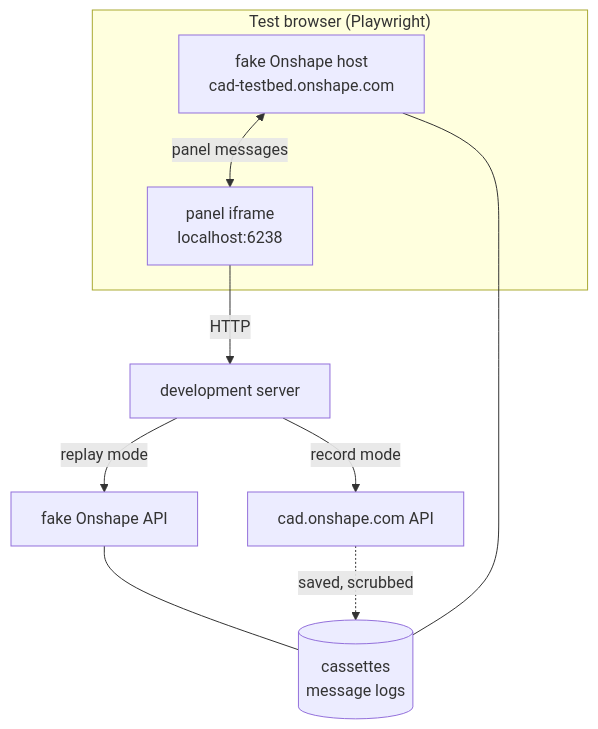
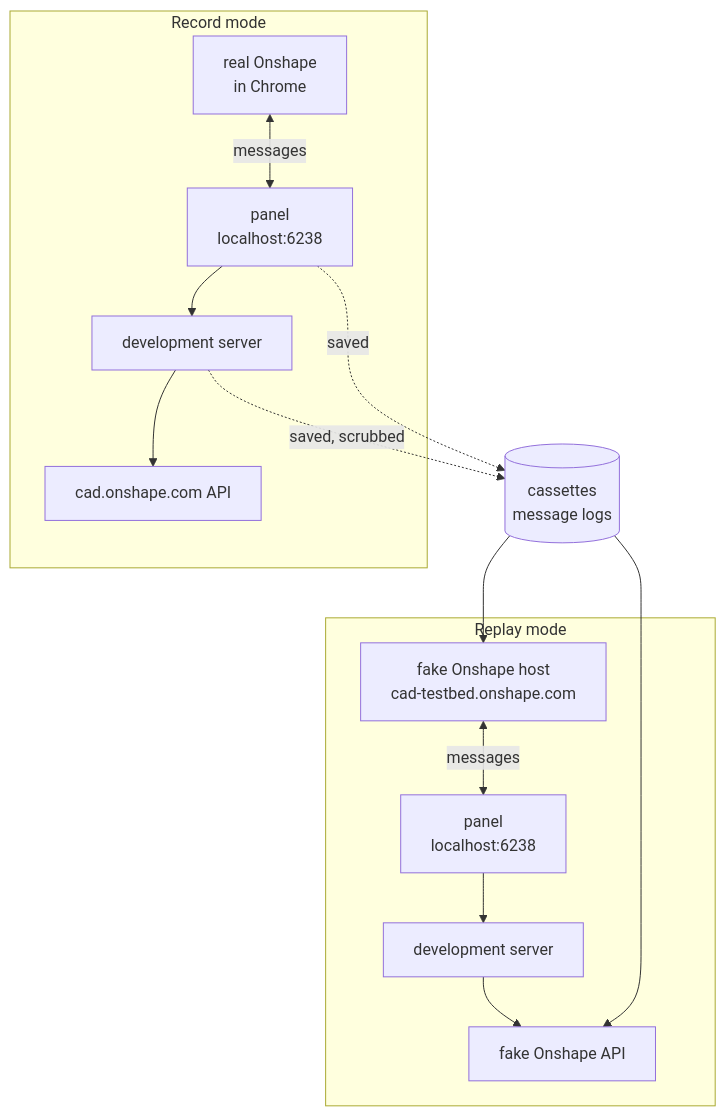
The diagram in specs/2026-10-09-onshape-test-bed-design.md (chondl/PenguinCAM-notes), drawn with Mermaid before and after one commit. The commit also changed other lines of this file, not shown here.

Commit message:
Onshape test bed spec: print path only, Education plan, automated Onshape UI run in real Chrome

````diff
--- a/specs/2026-10-09-onshape-test-bed-design.md
+++ b/specs/2026-10-09-onshape-test-bed-design.md
@@ -162,14 +150,22 @@
 ```mermaid
 flowchart TB
-    subgraph browser["Test browser (Playwright)"]
+    subgraph replay["Replay mode"]
         host["fake Onshape host<br/>cad-testbed.onshape.com"]
-        panel["panel iframe<br/>localhost:6238"]
-        host <-->|"panel messages"| panel
+        p1["panel<br/>localhost:6238"]
+        host <-->|"messages"| p1
+        p1 --> s1["development server"]
+        s1 --> fakeapi["fake Onshape API"]
     end
-    panel -->|"HTTP"| server["development server"]
-    server -->|"replay mode"| fakeapi["fake Onshape API"]
-    server -->|"record mode"| real["cad.onshape.com API"]
-    fakeapi --- store[("cassettes<br/>message logs")]
-    real -.->|"saved, scrubbed"| store
-    host --- store
+    subgraph record["Record mode"]
+        onshape["real Onshape<br/>in Chrome"]
+        p2["panel<br/>localhost:6238"]
+        onshape <-->|"messages"| p2
+        p2 --> s2["development server"]
+        s2 --> real["cad.onshape.com API"]
+    end
+    store[("cassettes<br/>message logs")]
+    p2 -.->|"saved"| store
+    s2 -.->|"saved, scrubbed"| store
+    store --> host
+    store --> fakeapi
 ```
````
